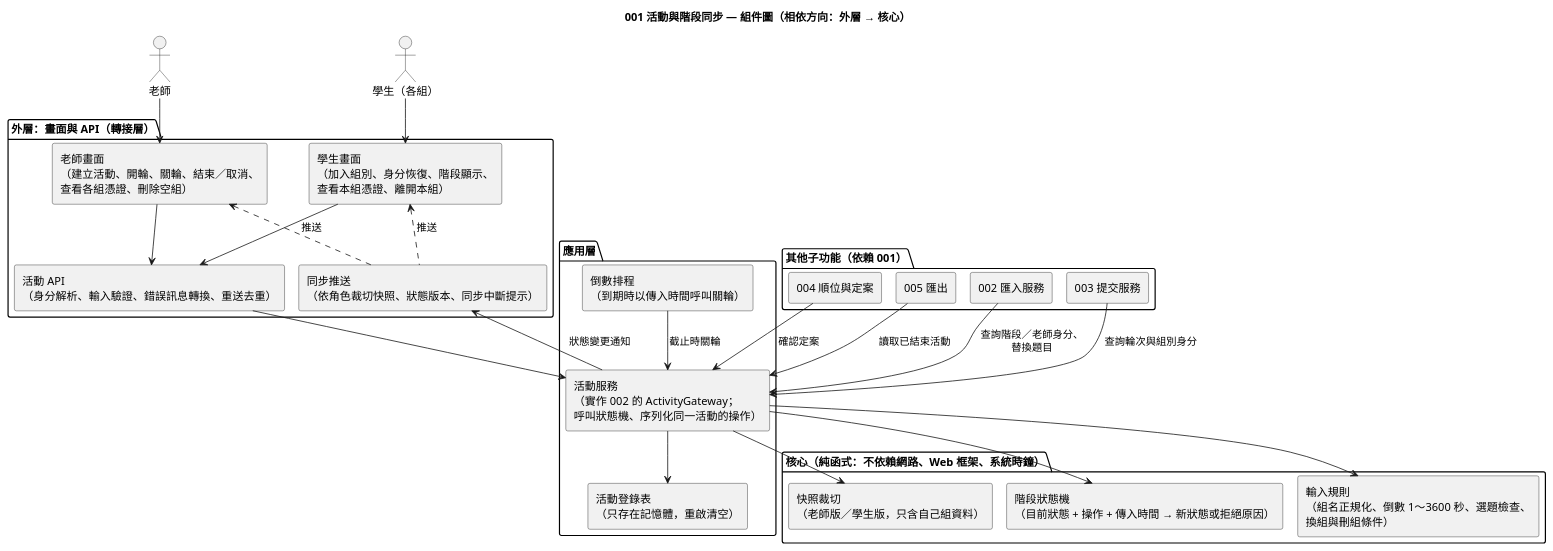
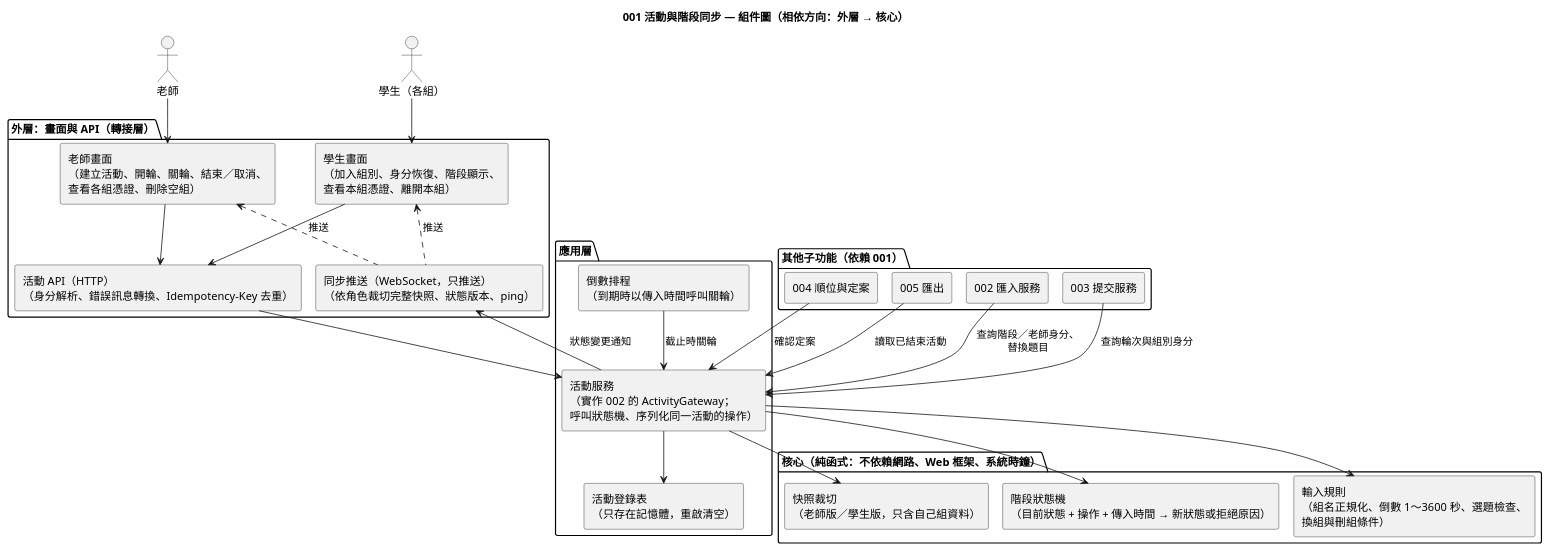
The diagram in diagrams/001-activity-session-component.puml (EricC430/lecture-answer-first_group16_speckit), drawn with PlantUML before and after one commit. The commit also changed 10 other files, not shown here.

```diff
--- a/diagrams/001-activity-session-component.puml
+++ b/diagrams/001-activity-session-component.puml
@@ -1,53 +1,53 @@
 @startuml 001-activity-session-component
 !pragma layout smetana
 skinparam defaultFontName "Microsoft JhengHei"
 skinparam componentStyle rectangle
 title 001 活動與階段同步 — 組件圖（相依方向：外層 → 核心）
 
 actor "老師" as Teacher
 actor "學生（各組）" as Student
 
 package "外層：畫面與 API（轉接層）" {
   [老師畫面\n（建立活動、開輪、關輪、結束／取消、\n查看各組憑證、刪除空組）] as TeacherUI
   [學生畫面\n（加入組別、身分恢復、階段顯示、\n查看本組憑證、離開本組）] as StudentUI
-  [活動 API\n（身分解析、輸入驗證、錯誤訊息轉換、重送去重）] as Api
-  [同步推送\n（依角色裁切快照、狀態版本、同步中斷提示）] as Sync
+  [活動 API（HTTP）\n（身分解析、錯誤訊息轉換、Idempotency-Key 去重）] as Api
+  [同步推送（WebSocket，只推送）\n（依角色裁切完整快照、狀態版本、ping）] as Sync
 }
 
 package "應用層" {
   [活動服務\n（實作 002 的 ActivityGateway；\n呼叫狀態機、序列化同一活動的操作）] as Service
   [倒數排程\n（到期時以傳入時間呼叫關輪）] as Timer
   [活動登錄表\n（只存在記憶體，重啟清空）] as Registry
 }
 
 package "核心（純函式：不依賴網路、Web 框架、系統時鐘）" {
   [階段狀態機\n（目前狀態 + 操作 + 傳入時間 → 新狀態或拒絕原因）] as StateMachine
   [輸入規則\n（組名正規化、倒數 1～3600 秒、選題檢查、\n換組與刪組條件）] as Rules
   [快照裁切\n（老師版／學生版，只含自己組資料）] as View
 }
 
 package "其他子功能（依賴 001）" {
   [002 匯入服務] as Import
   [003 提交服務] as Submit
   [004 順位與定案] as Ranking
   [005 匯出] as Export
 }
 
 Teacher --> TeacherUI
 Student --> StudentUI
 TeacherUI --> Api
 StudentUI --> Api
 TeacherUI <.. Sync : 推送
 StudentUI <.. Sync : 推送
 Api --> Service
 Timer --> Service : 截止時關輪
 Service --> Registry
 Service --> StateMachine
 Service --> Rules
 Service --> View
 Service --> Sync : 狀態變更通知
 Import --> Service : 查詢階段／老師身分、\n替換題目
 Submit --> Service : 查詢輪次與組別身分
 Ranking --> Service : 確認定案
 Export --> Service : 讀取已結束活動
 @enduml
```
